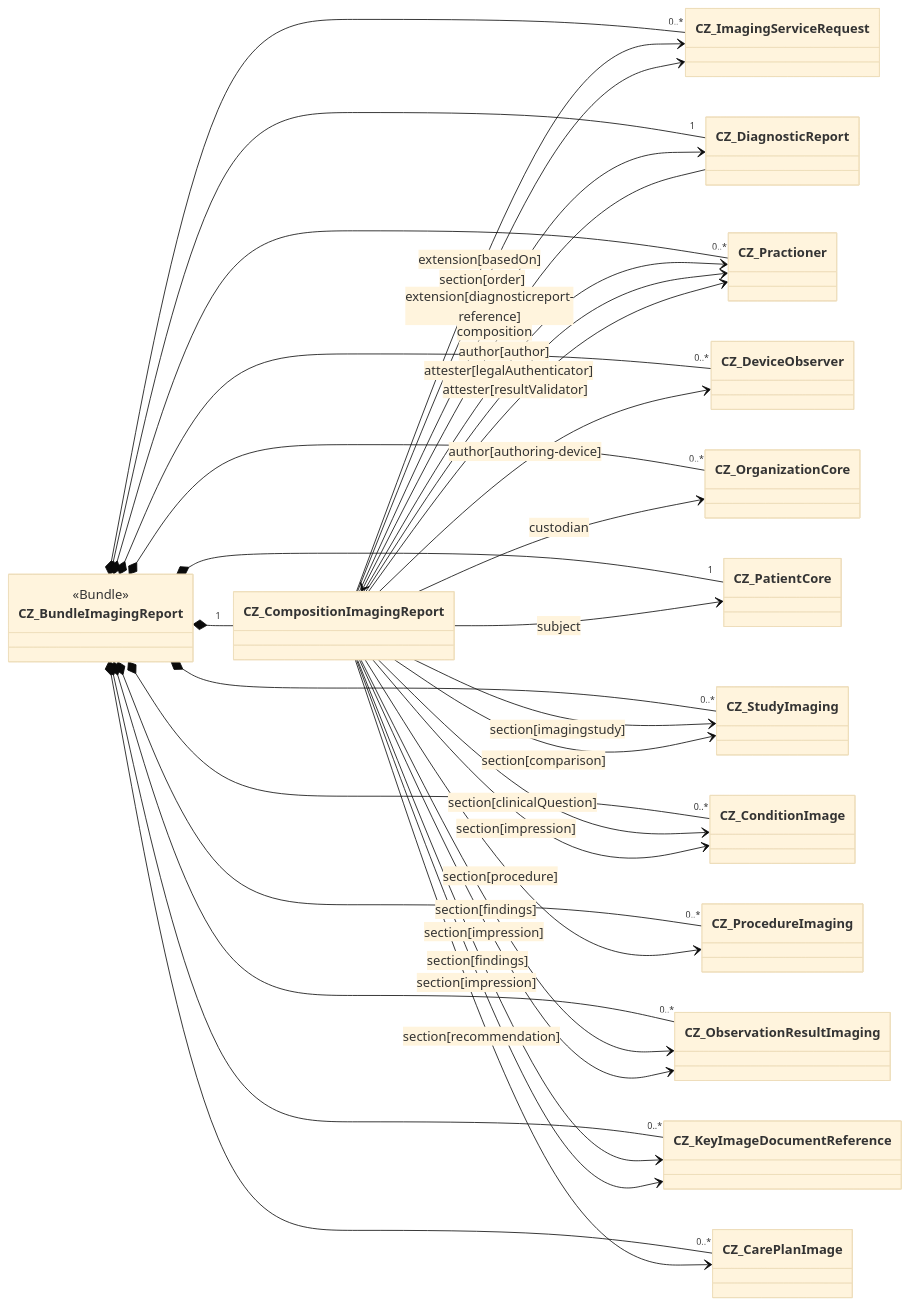
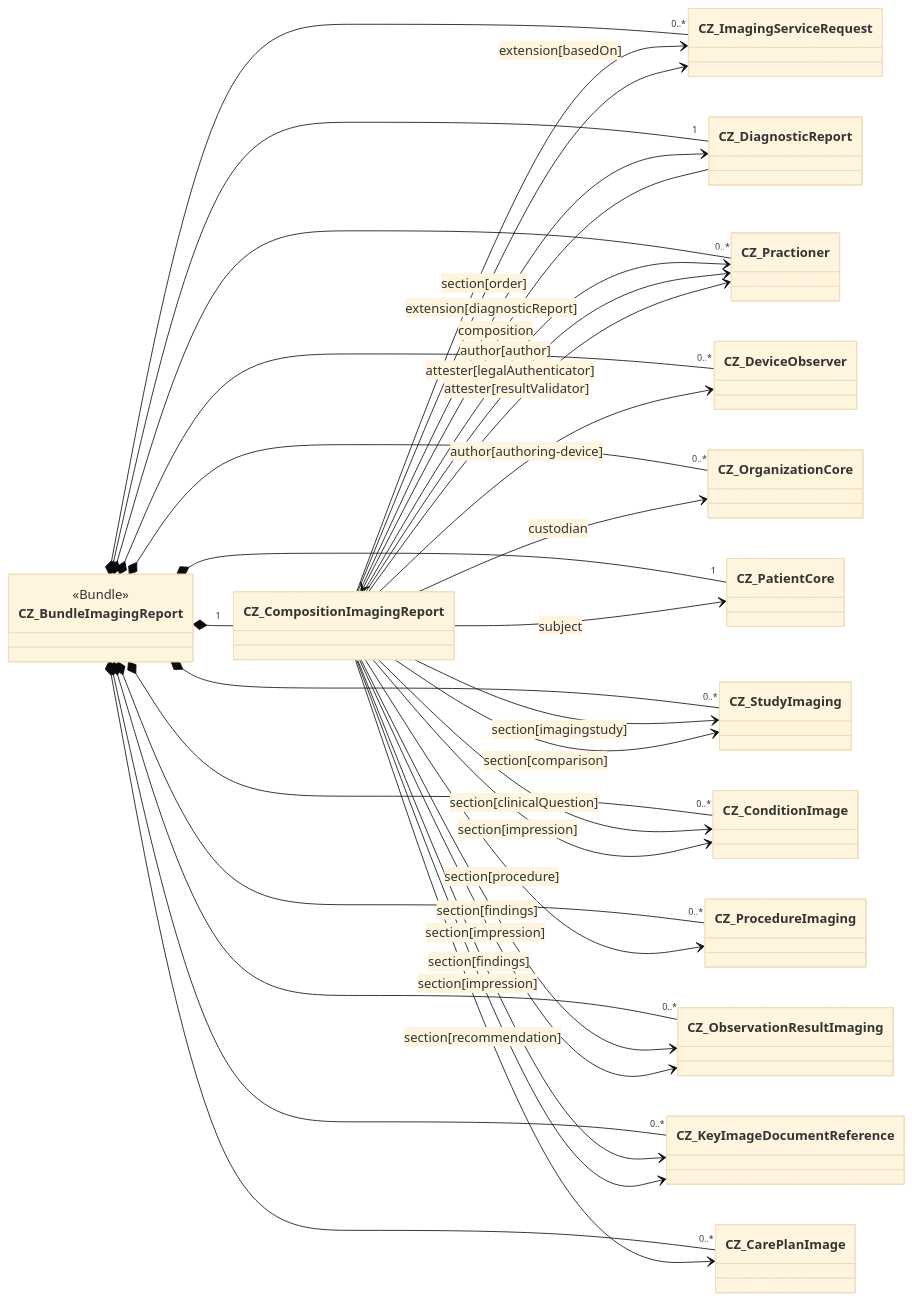
The diagram in input/pagecontent/implementation-notes-cs.md (HL7-cz/img), drawn with Mermaid (base theme) before and after one commit.

````diff
--- a/input/pagecontent/implementation-notes-cs.md
+++ b/input/pagecontent/implementation-notes-cs.md
@@ -6,44 +6,44 @@
 ```mermaid
 classDiagram
   direction LR
   class CZ_BundleImagingReport{
     <<Bundle>>
   }
   CZ_BundleImagingReport *-- "1" CZ_CompositionImagingReport
   CZ_BundleImagingReport *-- "1" CZ_DiagnosticReport
   CZ_BundleImagingReport *-- "1" CZ_PatientCore
   CZ_BundleImagingReport *-- "0..*" CZ_ImagingServiceRequest
   CZ_BundleImagingReport *-- "0..*" CZ_Practioner
   CZ_BundleImagingReport *-- "0..*" CZ_DeviceObserver
   CZ_BundleImagingReport *-- "0..*" CZ_OrganizationCore
   CZ_BundleImagingReport *-- "0..*" CZ_StudyImaging
   CZ_BundleImagingReport *-- "0..*" CZ_ProcedureImaging
   CZ_BundleImagingReport *-- "0..*" CZ_ObservationResultImaging
   CZ_BundleImagingReport *-- "0..*" CZ_KeyImageDocumentReference
   CZ_BundleImagingReport *-- "0..*" CZ_ConditionImage
   CZ_BundleImagingReport *-- "0..*" CZ_CarePlanImage
 
   CZ_DiagnosticReport --> CZ_CompositionImagingReport: composition
-  
 
-  CZ_CompositionImagingReport --> CZ_ImagingServiceRequest: extension[basedOn]  
-  CZ_CompositionImagingReport --> CZ_DiagnosticReport: extension[diagnosticreport-reference]
+
+  CZ_CompositionImagingReport --> CZ_ImagingServiceRequest: extension[basedOn]
+  CZ_CompositionImagingReport --> CZ_DiagnosticReport: extension[diagnosticReport]
   CZ_CompositionImagingReport --> CZ_Practioner: author[author]
   CZ_CompositionImagingReport --> CZ_DeviceObserver: author[authoring-device]
   CZ_CompositionImagingReport --> CZ_Practioner: attester[legalAuthenticator]
   CZ_CompositionImagingReport --> CZ_Practioner: attester[resultValidator]
   CZ_CompositionImagingReport --> CZ_OrganizationCore: custodian
   CZ_CompositionImagingReport --> CZ_PatientCore: subject
   CZ_CompositionImagingReport --> CZ_StudyImaging: section[imagingstudy]
   CZ_CompositionImagingReport --> CZ_ImagingServiceRequest: section[order]
   CZ_CompositionImagingReport --> CZ_ConditionImage: section[clinicalQuestion]
   CZ_CompositionImagingReport --> CZ_ProcedureImaging: section[procedure]
   CZ_CompositionImagingReport --> CZ_StudyImaging: section[comparison]
   CZ_CompositionImagingReport --> CZ_ObservationResultImaging: section[findings]
   CZ_CompositionImagingReport --> CZ_KeyImageDocumentReference: section[findings]
   CZ_CompositionImagingReport --> CZ_KeyImageDocumentReference: section[impression]
   CZ_CompositionImagingReport --> CZ_ObservationResultImaging: section[impression]
   CZ_CompositionImagingReport --> CZ_ConditionImage: section[impression]
   CZ_CompositionImagingReport --> CZ_CarePlanImage: section[recommendation]
 
 ```
````
